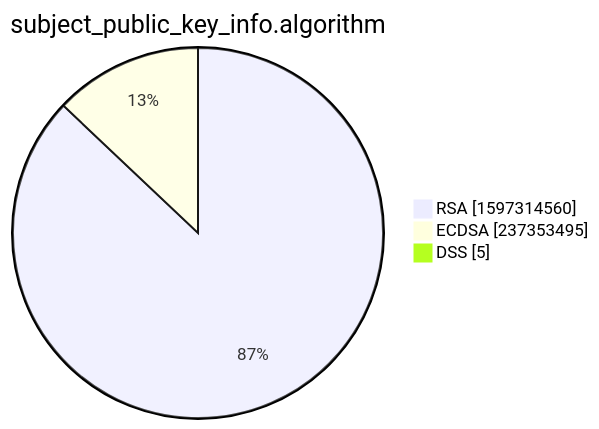
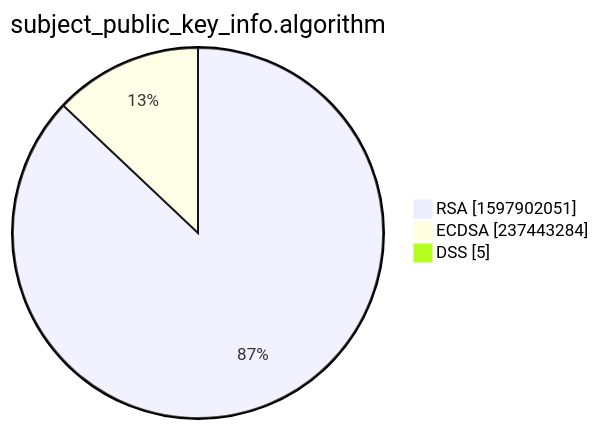
One commit to christiankrug/ctmonitor_visualization changed the third of 15 diagrams in xenon2022/README.md. Above: the diagram before and after it, drawn with Mermaid. The commit also changed other lines of this file, not shown here.

````diff
--- a/xenon2022/README.md
+++ b/xenon2022/README.md
@@ -14,7 +14,7 @@
 ```mermaid
 pie showData
 title subject_public_key_info.algorithm
-"RSA" :1597314560
-"ECDSA" :237353495
+"RSA" :1597902051
+"ECDSA" :237443284
 "DSS" :5
 ```
````
